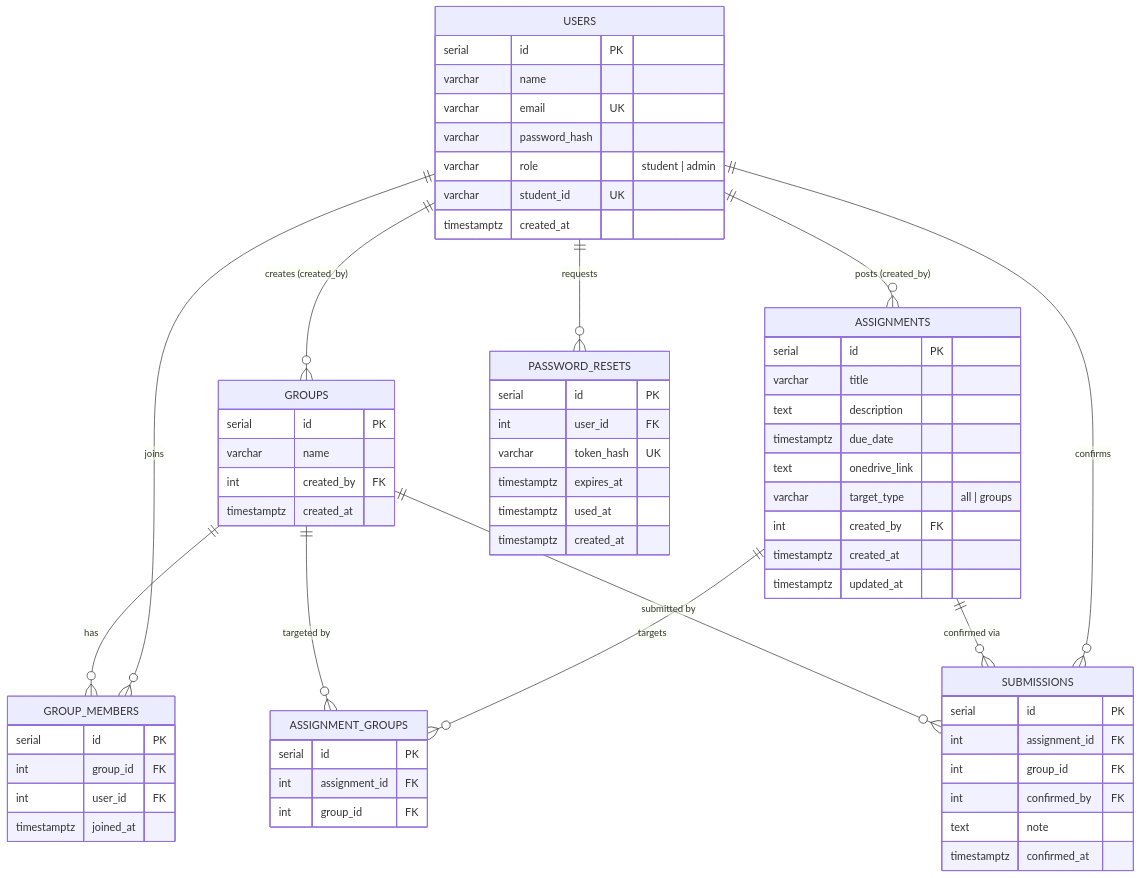
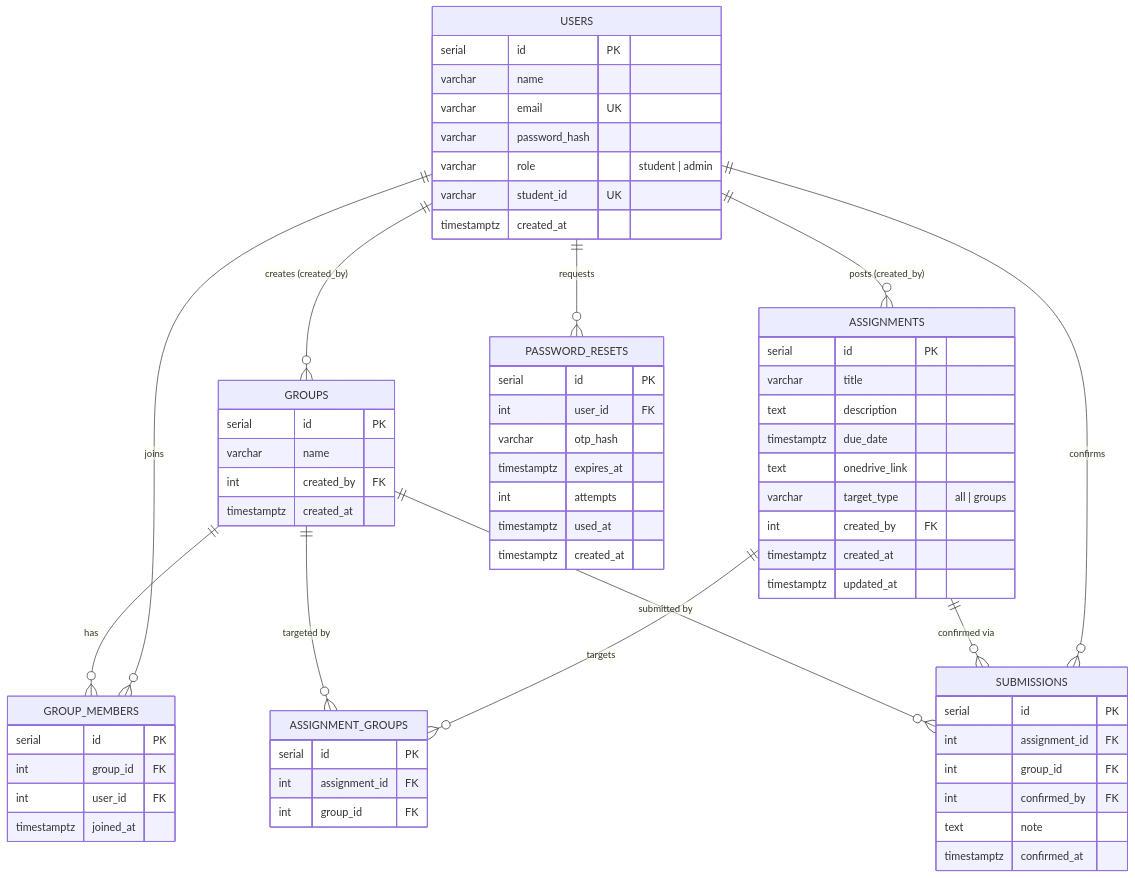
Before and after one commit to salmandev07/Student-Group-Management-System: the diagram in README.md, drawn with Mermaid. The commit also changed other lines of this file and 10 other files, not shown here.

````diff
--- a/README.md
+++ b/README.md
@@ -246,67 +243,68 @@
 ```mermaid
 erDiagram
     USERS ||--o{ GROUPS : "creates (created_by)"
     USERS ||--o{ GROUP_MEMBERS : "joins"
     GROUPS ||--o{ GROUP_MEMBERS : "has"
     USERS ||--o{ ASSIGNMENTS : "posts (created_by)"
     USERS ||--o{ SUBMISSIONS : "confirms"
     ASSIGNMENTS ||--o{ ASSIGNMENT_GROUPS : "targets"
     GROUPS ||--o{ ASSIGNMENT_GROUPS : "targeted by"
     ASSIGNMENTS ||--o{ SUBMISSIONS : "confirmed via"
     GROUPS ||--o{ SUBMISSIONS : "submitted by"
     USERS ||--o{ PASSWORD_RESETS : "requests"
 
     USERS {
         serial id PK
         varchar name
         varchar email UK
         varchar password_hash
         varchar role "student | admin"
         varchar student_id UK
         timestamptz created_at
     }
     GROUPS {
         serial id PK
         varchar name
         int created_by FK
         timestamptz created_at
     }
     GROUP_MEMBERS {
         serial id PK
         int group_id FK
         int user_id FK
         timestamptz joined_at
     }
     ASSIGNMENTS {
         serial id PK
         varchar title
         text description
         timestamptz due_date
         text onedrive_link
         varchar target_type "all | groups"
         int created_by FK
         timestamptz created_at
         timestamptz updated_at
     }
     ASSIGNMENT_GROUPS {
         serial id PK
         int assignment_id FK
         int group_id FK
     }
     SUBMISSIONS {
         serial id PK
         int assignment_id FK
         int group_id FK
         int confirmed_by FK
         text note
         timestamptz confirmed_at
     }
     PASSWORD_RESETS {
         serial id PK
         int user_id FK
-        varchar token_hash UK
+        varchar otp_hash
         timestamptz expires_at
+        int attempts
         timestamptz used_at
         timestamptz created_at
     }
 ```
````
